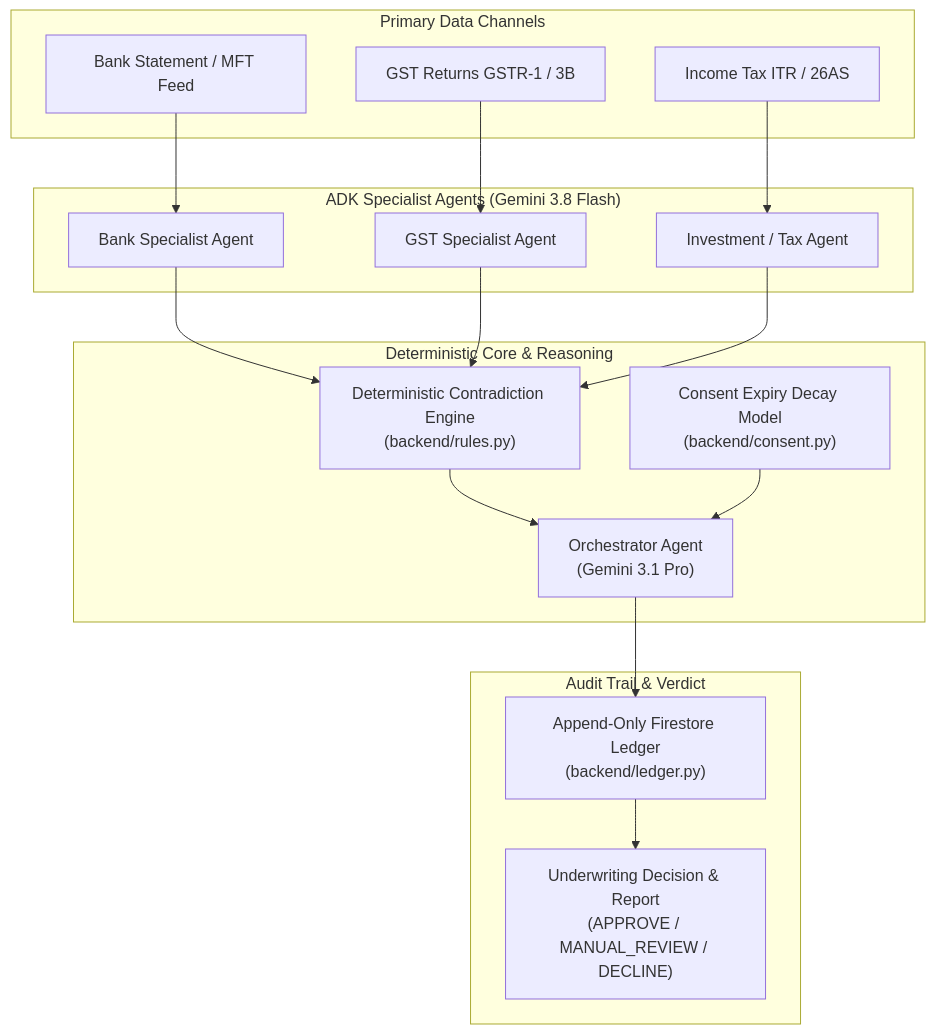
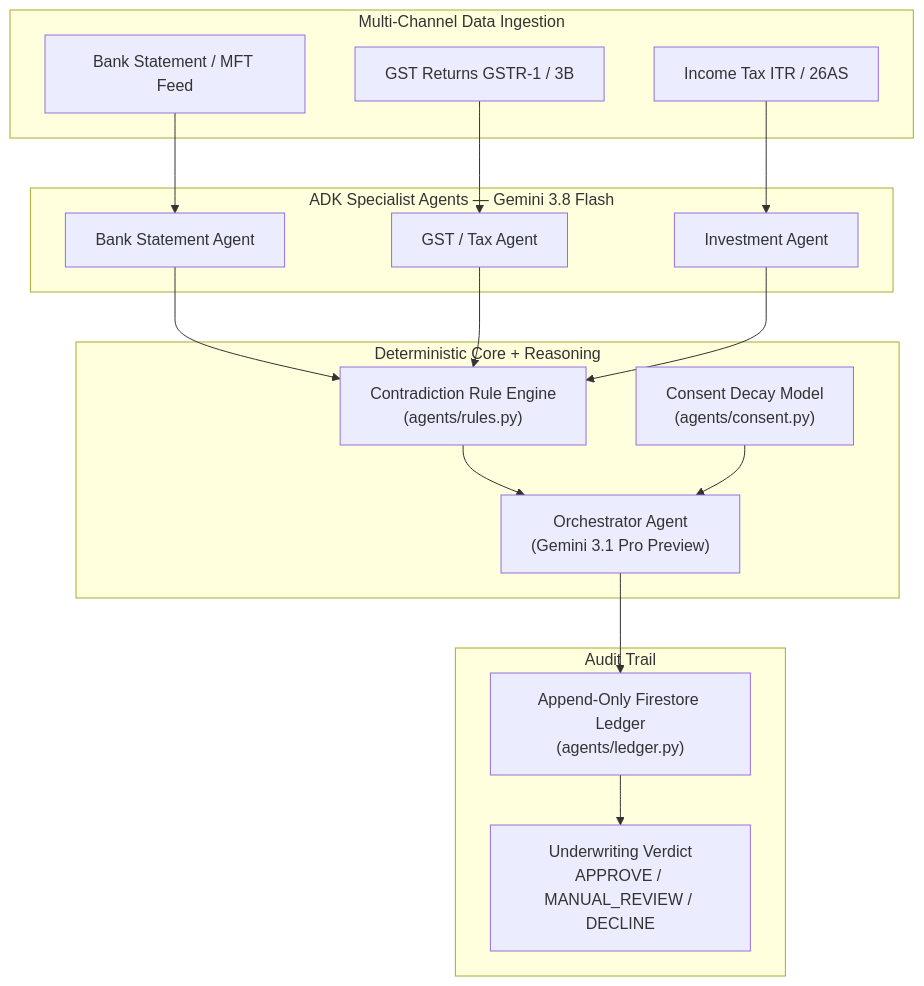
One commit to Aryanshanu/TrueLedger changed the diagram in README.md. Above: the diagram before and after it, drawn with Mermaid. The commit also changed other lines of this file and 2 other files, not shown here.

````diff
--- a/README.md
+++ b/README.md
@@ -106,38 +50,34 @@
 ```mermaid
 flowchart TD
-    subgraph Ingestion["Primary Data Channels"]
+    subgraph Ingestion["Multi-Channel Data Ingestion"]
         B[Bank Statement / MFT Feed]
         G[GST Returns GSTR-1 / 3B]
         I[Income Tax ITR / 26AS]
     end
 
-    subgraph Specialists["ADK Specialist Agents (Gemini 3.8 Flash)"]
-        BA[Bank Specialist Agent]
-        GA[GST Specialist Agent]
-        IA[Investment / Tax Agent]
+    subgraph Specialists["ADK Specialist Agents — Gemini 3.8 Flash"]
+        BA[Bank Statement Agent]
+        GA[GST / Tax Agent]
+        IA[Investment Agent]
     end
 
-    subgraph Engine["Deterministic Core & Reasoning"]
-        Rules["Deterministic Contradiction Engine<br/>(backend/rules.py)"]
-        Decay["Consent Expiry Decay Model<br/>(backend/consent.py)"]
-        Orch["Orchestrator Agent<br/>(Gemini 3.1 Pro)"]
+    subgraph Engine["Deterministic Core + Reasoning"]
+        Rules["Contradiction Rule Engine\n(agents/rules.py)"]
+        Decay["Consent Decay Model\n(agents/consent.py)"]
+        Orch["Orchestrator Agent\n(Gemini 3.1 Pro Preview)"]
     end
 
-    subgraph Ledger["Audit Trail & Verdict"]
-        Audit["Append-Only Firestore Ledger<br/>(backend/ledger.py)"]
-        Decision["Underwriting Decision & Report<br/>(APPROVE / MANUAL_REVIEW / DECLINE)"]
+    subgraph Persistence["Audit Trail"]
+        Audit["Append-Only Firestore Ledger\n(agents/ledger.py)"]
+        Decision["Underwriting Verdict\nAPPROVE / MANUAL_REVIEW / DECLINE"]
     end
 
     B --> BA
     G --> GA
     I --> IA
-
-    BA --> Rules
-    GA --> Rules
-    IA --> Rules
-
+    BA & GA & IA --> Rules
     Rules --> Orch
     Decay --> Orch
     Orch --> Audit
     Audit --> Decision
 ```
````
